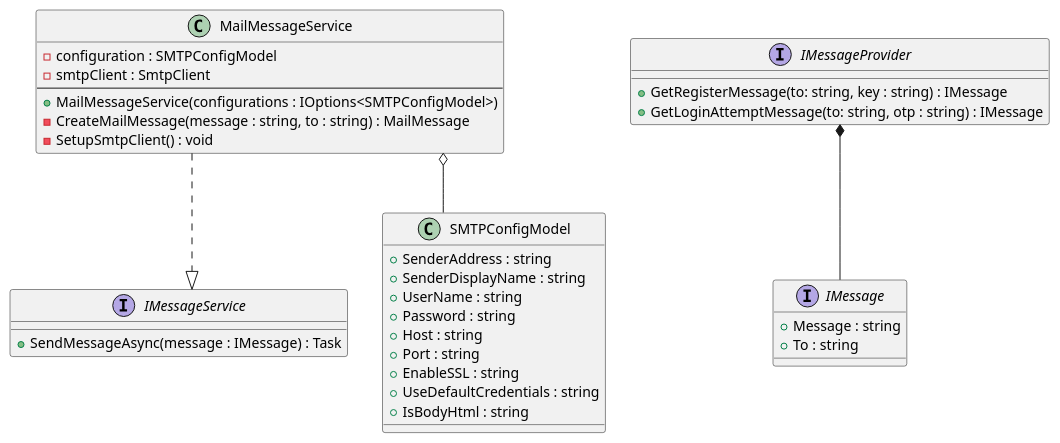
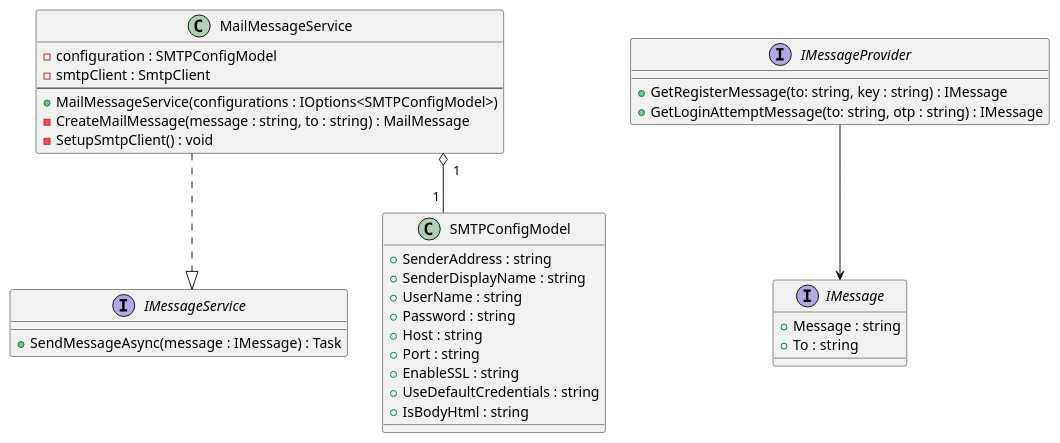
One commit to blackout1471/trust-us-school changed the diagram in Docs/ClassDiagrams/MessageServiceClassDiagram.plantuml. Above: the diagram before and after it, drawn with PlantUML. The commit also changed 3 other files, not shown here.

```diff
--- a/Docs/ClassDiagrams/MessageServiceClassDiagram.plantuml
+++ b/Docs/ClassDiagrams/MessageServiceClassDiagram.plantuml
@@ -1,49 +1,49 @@
 @startuml API class diagram
 
 top to bottom direction
 skinparam linetype ortho
 'Services'
 interface IMessageService {
     +SendMessageAsync(message : IMessage) : Task
 }
 
 class MailMessageService{
     -configuration : SMTPConfigModel
     -smtpClient : SmtpClient
     --
     +MailMessageService(configurations : IOptions<SMTPConfigModel>)
     -CreateMailMessage(message : string, to : string) : MailMessage
     -SetupSmtpClient() : void 
 }
 
 'Service mappings'
 MailMessageService .-|> IMessageService
-MailMessageService o-- SMTPConfigModel
+MailMessageService"1" o-- "1"SMTPConfigModel
 'Providers'
 interface IMessageProvider{
     +GetRegisterMessage(to: string, key : string) : IMessage
     +GetLoginAttemptMessage(to: string, otp : string) : IMessage
 }
 'Provider mapping'
-IMessageProvider *-- IMessage
+IMessageProvider --> IMessage
 
 'Models'
 interface IMessage{
     +Message : string
     +To : string
 }
 
 
 class SMTPConfigModel {
     +SenderAddress : string
     +SenderDisplayName : string
     +UserName : string
     +Password : string
     +Host : string
     +Port : string
     +EnableSSL : string
     +UseDefaultCredentials : string
     +IsBodyHtml : string
 }
 
 @enduml
```
